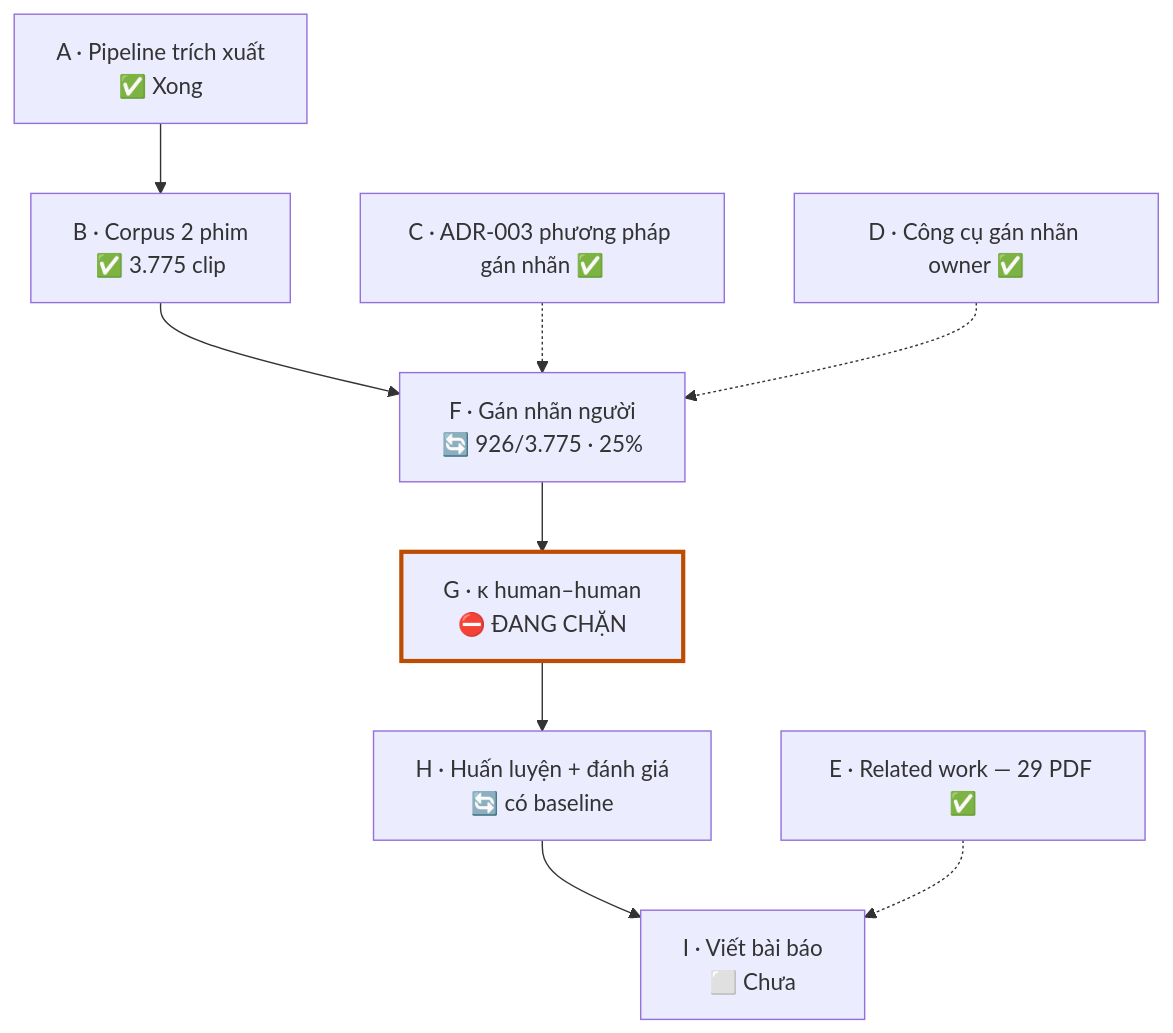
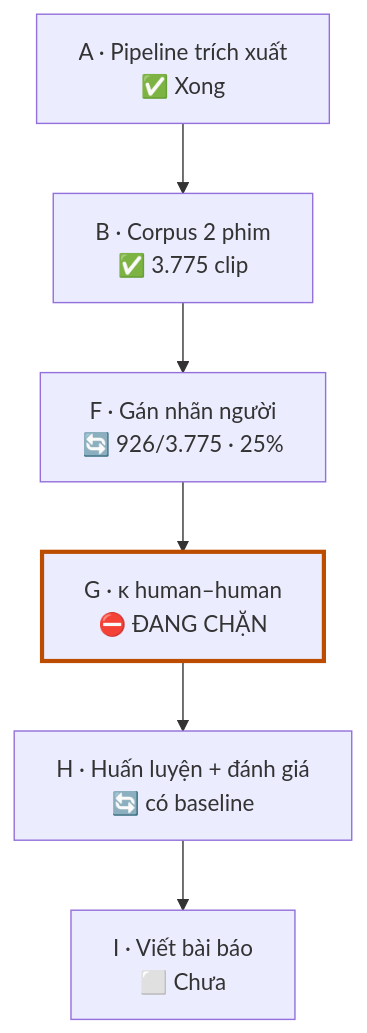
Before and after one commit to Pebble-Platform/pebble-llm: the first of 2 diagrams in docs/progress-report-2026-07-29.md, drawn with Mermaid. The commit also changed other lines of this file and 12 other files, not shown here.

Commit message:
docs: progress presentation, advisor report, P0 decisions, scale roadmap, handoffs

````diff
--- a/docs/progress-report-2026-07-29.md
+++ b/docs/progress-report-2026-07-29.md
@@ -138,12 +138,9 @@
 ```mermaid
 flowchart TD
   A["A · Pipeline trích xuất<br/>✅ Xong"] --> B["B · Corpus 2 phim<br/>✅ 3.775 clip"]
   B --> F["F · Gán nhãn người<br/>🔄 926/3.775 · 25%"]
   F --> G["G · κ human–human<br/>⛔ ĐANG CHẶN"]
   G --> H["H · Huấn luyện + đánh giá<br/>🔄 có baseline"]
   H --> I["I · Viết bài báo<br/>⬜ Chưa"]
-  C["C · ADR-003 phương pháp gán nhãn ✅"] -.-> F
-  D["D · Công cụ gán nhãn owner ✅"] -.-> F
-  E["E · Related work — 29 PDF ✅"] -.-> I
   style G stroke:#bc4c00,stroke-width:3px
 ```
````
